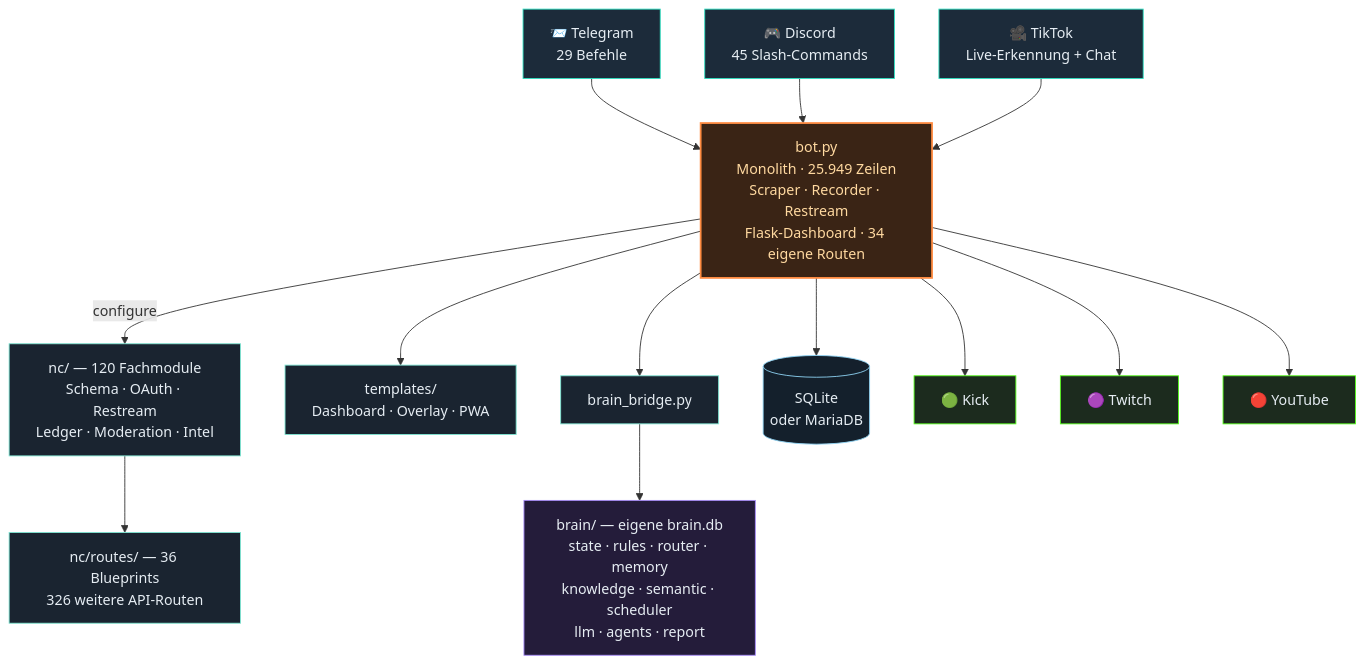
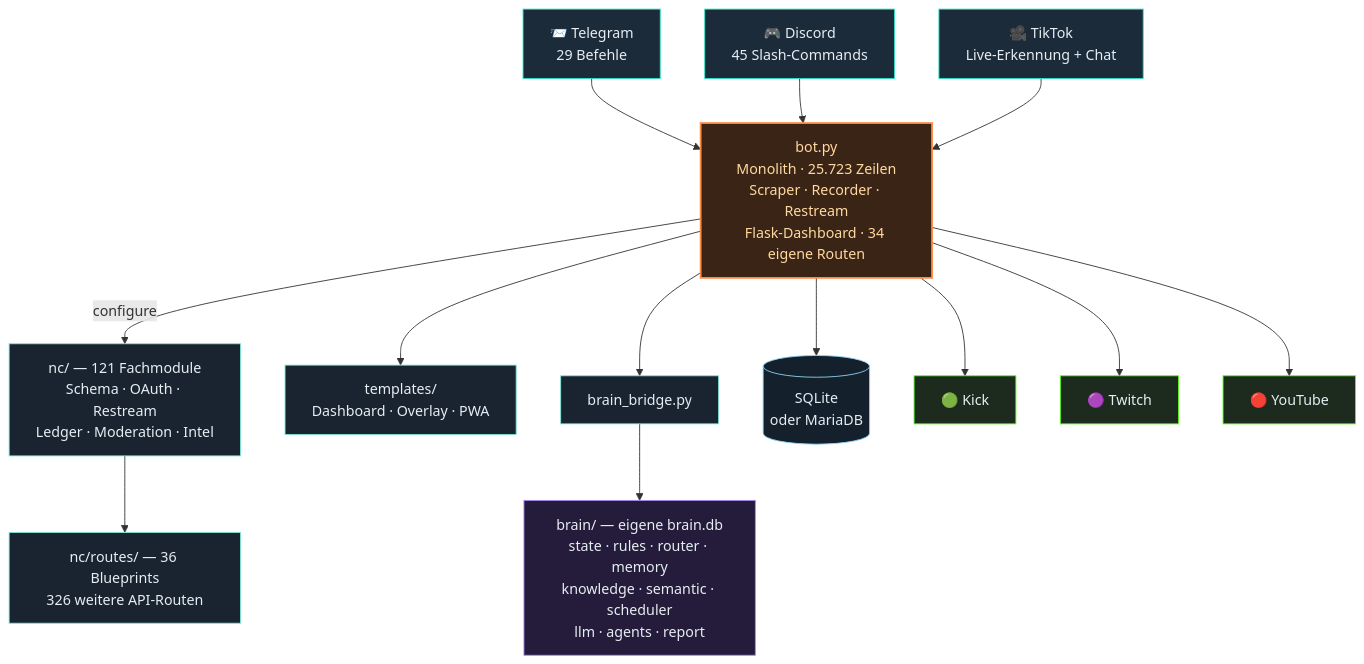
Before and after one commit to itsamemedev/Telegram-Stream-Info-Bot: the third of 4 diagrams in README.md, drawn with Mermaid. The commit also changed other lines of this file and 7 other files, not shown here.

````diff
--- a/README.md
+++ b/README.md
@@ -189,30 +189,30 @@
 ```mermaid
 flowchart TB
     TG["📨 Telegram<br/>29 Befehle"]:::ein
     DC["🎮 Discord<br/>45 Slash-Commands"]:::ein
     TT["🎥 TikTok<br/>Live-Erkennung + Chat"]:::ein
 
     TG --> BOT
     DC --> BOT
     TT --> BOT
 
-    BOT["bot.py<br/>Monolith · 25.949 Zeilen<br/>Scraper · Recorder · Restream<br/>Flask-Dashboard · 34 eigene Routen"]:::core
+    BOT["bot.py<br/>Monolith · 25.723 Zeilen<br/>Scraper · Recorder · Restream<br/>Flask-Dashboard · 34 eigene Routen"]:::core
 
-    BOT -->|configure| NC["nc/ — 120 Fachmodule<br/>Schema · OAuth · Restream<br/>Ledger · Moderation · Intel"]:::lib
+    BOT -->|configure| NC["nc/ — 121 Fachmodule<br/>Schema · OAuth · Restream<br/>Ledger · Moderation · Intel"]:::lib
     NC --> RT["nc/routes/ — 36 Blueprints<br/>326 weitere API-Routen"]:::lib
     BOT --> TPL["templates/<br/>Dashboard · Overlay · PWA"]:::lib
     BOT --> BR["brain_bridge.py"]:::lib
     BR --> BRAIN["brain/ — eigene brain.db<br/>state · rules · router · memory<br/>knowledge · semantic · scheduler<br/>llm · agents · report"]:::brain
     BOT --> DB[("SQLite<br/>oder MariaDB")]:::db
 
     BOT --> KICK["🟢 Kick"]:::out
     BOT --> TW["🟣 Twitch"]:::out
     BOT --> YT["🔴 YouTube"]:::out
 
     classDef ein fill:#1c2b3a,stroke:#2de1c2,color:#e6edf3
     classDef core fill:#3a2415,stroke:#ff8c42,stroke-width:2px,color:#ffd9a0
     classDef lib fill:#1a2430,stroke:#7fe7d4,color:#e6edf3
     classDef brain fill:#241c3a,stroke:#a78bfa,color:#e6edf3
     classDef db fill:#14202c,stroke:#8fd3f4,color:#e6edf3
     classDef out fill:#1c2b1e,stroke:#53fc18,color:#e6edf3
 ```
````
